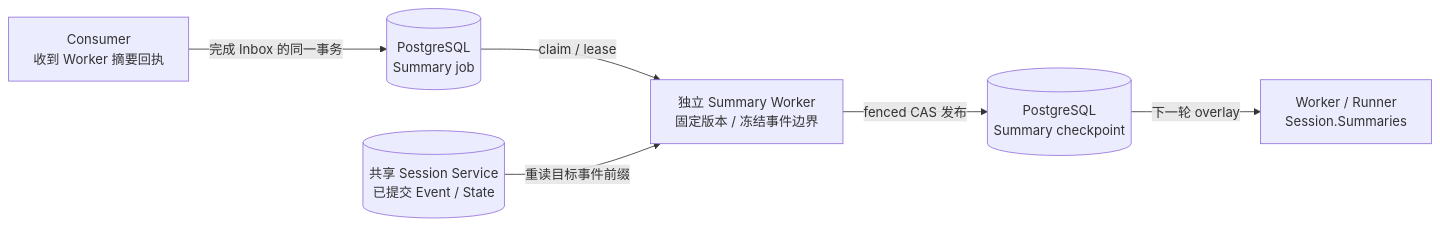
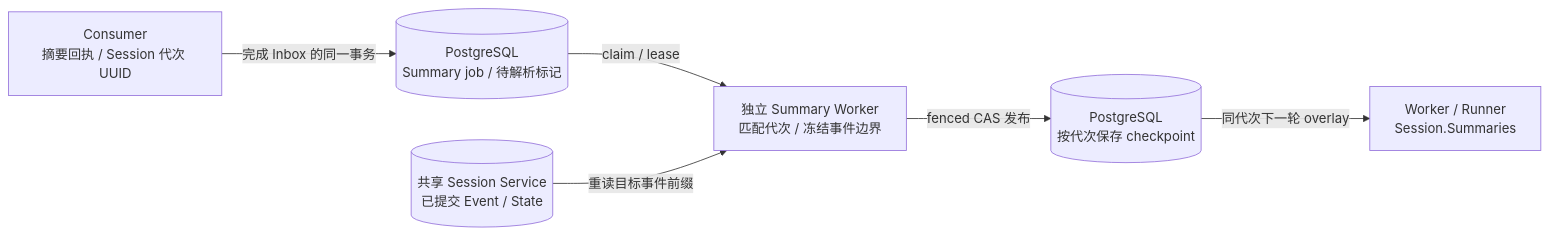
One commit to ltyfulan9/trpc-agent-service changed the eighth of 8 diagrams in docs/ARCHITECTURE.md. Above: the diagram before and after it, drawn with Mermaid. The commit also changed other lines of this file and 55 other files, not shown here.

````diff
--- a/docs/ARCHITECTURE.md
+++ b/docs/ARCHITECTURE.md
@@ -263,8 +263,8 @@
 ```mermaid
 flowchart LR
-    RECEIPT["Consumer<br/>收到 Worker 摘要回执"] -->|完成 Inbox 的同一事务| JOB[(PostgreSQL<br/>Summary job)]
-    JOB -->|claim / lease| SW["独立 Summary Worker<br/>固定版本 / 冻结事件边界"]
+    RECEIPT["Consumer<br/>摘要回执 / Session 代次 UUID"] -->|完成 Inbox 的同一事务| JOB[(PostgreSQL<br/>Summary job / 待解析标记)]
+    JOB -->|claim / lease| SW["独立 Summary Worker<br/>匹配代次 / 冻结事件边界"]
     SESSION[(共享 Session Service<br/>已提交 Event / State)] -->|重读目标事件前缀| SW
-    SW -->|fenced CAS 发布| CHECKPOINT[(PostgreSQL<br/>Summary checkpoint)]
-    CHECKPOINT -->|下一轮 overlay| NEXT["Worker / Runner<br/>Session.Summaries"]
+    SW -->|fenced CAS 发布| CHECKPOINT[(PostgreSQL<br/>按代次保存 checkpoint)]
+    CHECKPOINT -->|同代次下一轮 overlay| NEXT["Worker / Runner<br/>Session.Summaries"]
 ```
````
